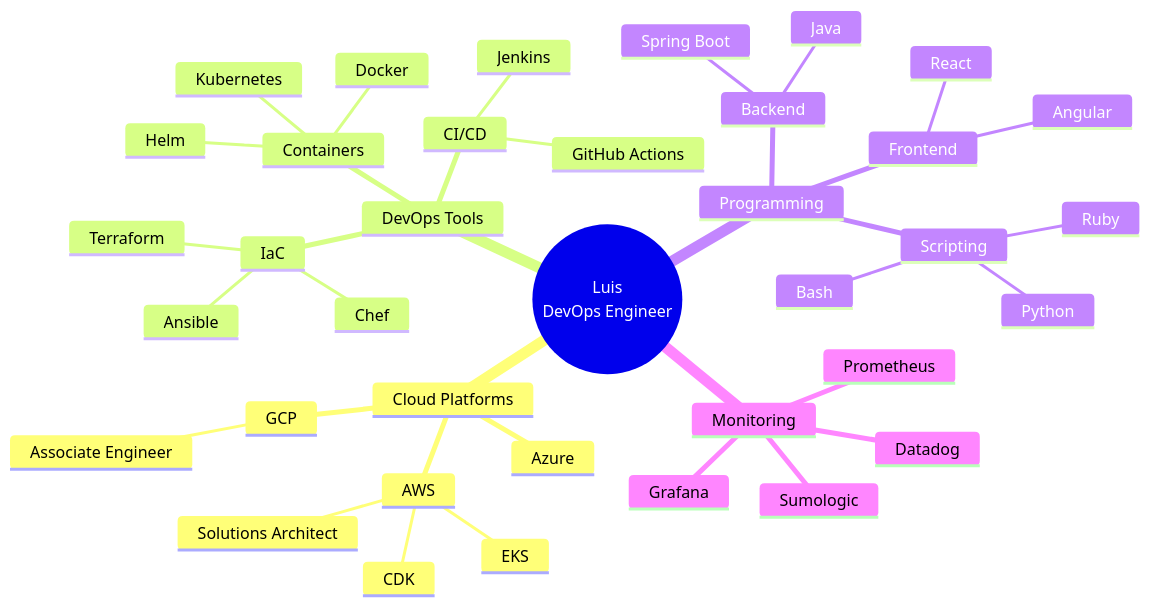
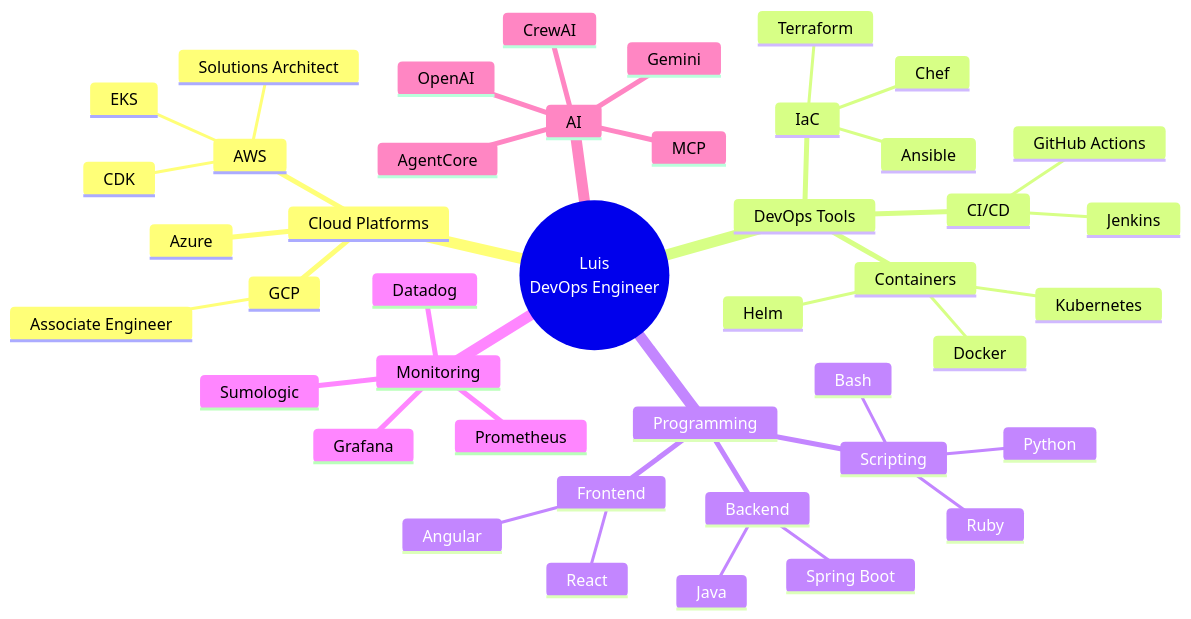
One commit to andresjz/luis changed the first of 2 diagrams in index.md. Above: the diagram before and after it, drawn with Mermaid. The commit also changed other lines of this file, not shown here.

````diff
--- a/index.md
+++ b/index.md
@@ -52,40 +52,46 @@
 ```mermaid
 mindmap
   root((Luis<br/>DevOps Engineer))
     Cloud Platforms
       AWS
         Solutions Architect
         EKS
         CDK
       GCP
         Associate Engineer
       Azure
     DevOps Tools
       CI/CD
         Jenkins
         GitHub Actions
       IaC
         Terraform
         Ansible
         Chef
       Containers
         Docker
         Kubernetes
         Helm
     Programming
       Backend
         Java
         Spring Boot
       Frontend
         Angular
         React
       Scripting
         Python
         Ruby
         Bash
     Monitoring
       Datadog
       Prometheus
       Grafana
       Sumologic
+    AI
+      AgentCore
+      OpenAI
+      Gemini
+      MCP
+      CrewAI
 ```
````
